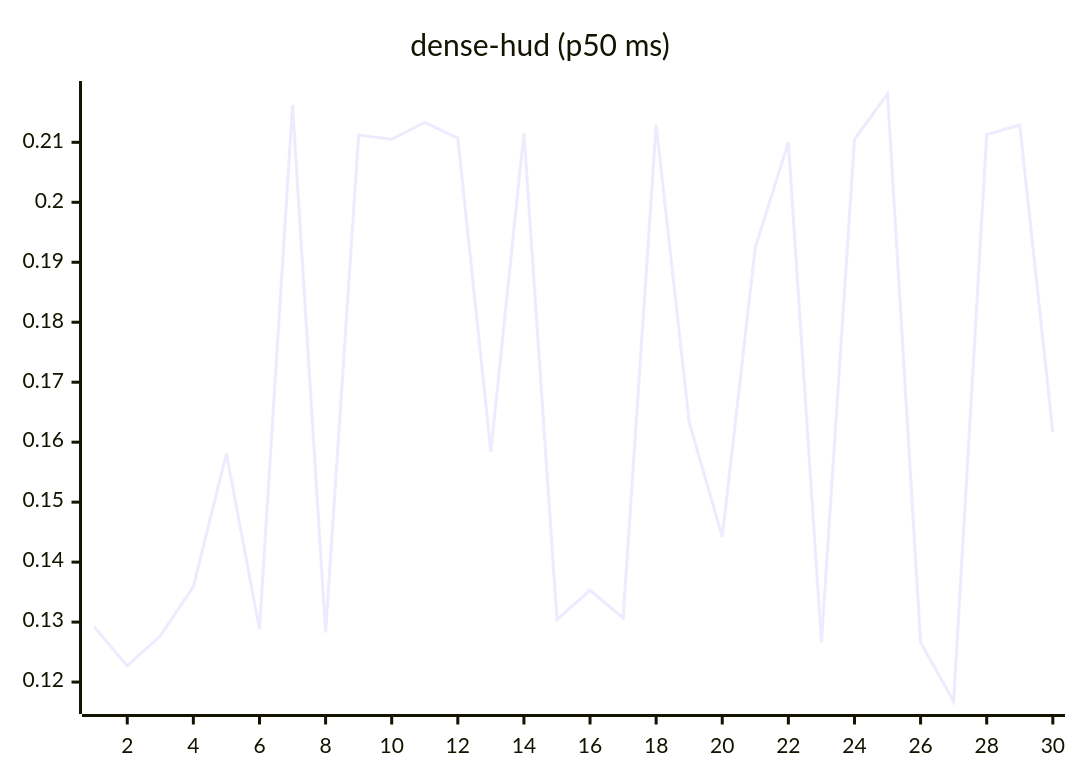
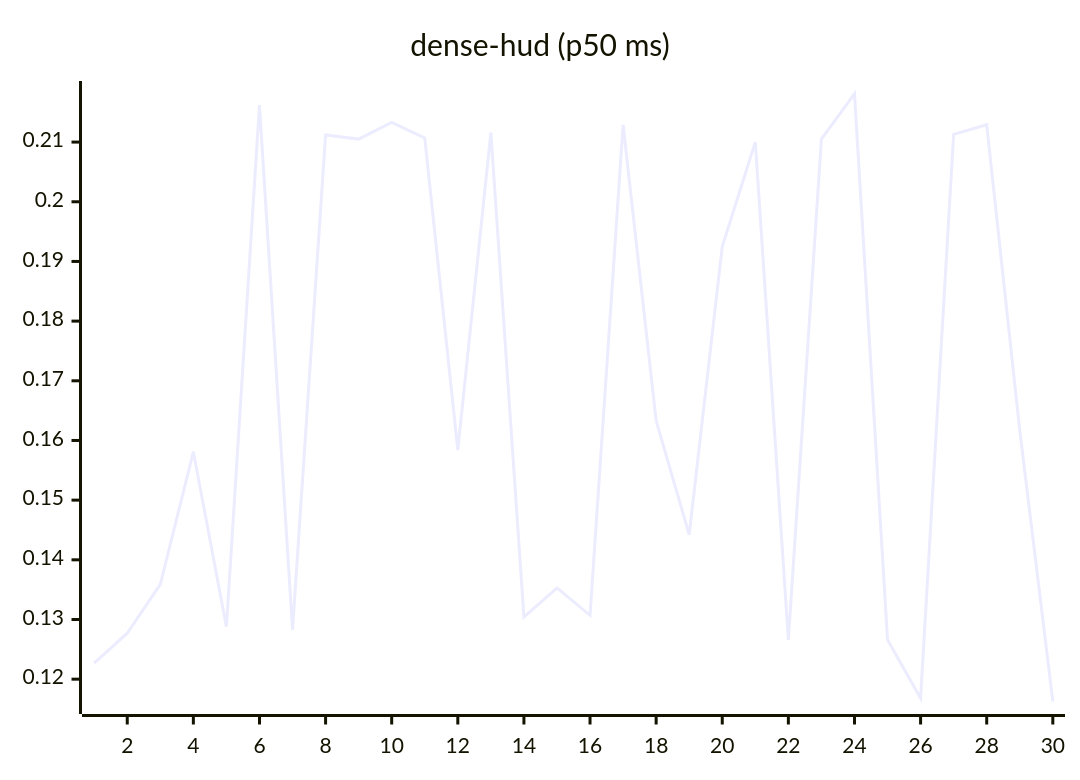
The eighth of 27 diagrams in README.md (josha/Facet), drawn with Mermaid before and after one commit. The commit also changed other lines of this file and 2 other files, not shown here.

````diff
--- a/README.md
+++ b/README.md
@@ -112,6 +112,6 @@
 ```mermaid
 xychart-beta
     title "dense-hud (p50 ms)"
     x-axis 1 --> 30
-    line [0.1292, 0.1227, 0.1277, 0.1359, 0.1581, 0.1288, 0.2162, 0.1283, 0.2112, 0.2105, 0.2133, 0.2107, 0.1584, 0.2116, 0.1304, 0.1353, 0.1307, 0.2129, 0.1633, 0.1442, 0.1925, 0.2100, 0.1266, 0.2105, 0.2181, 0.1266, 0.1168, 0.2113, 0.2129, 0.1617]
+    line [0.1227, 0.1277, 0.1359, 0.1581, 0.1288, 0.2162, 0.1283, 0.2112, 0.2105, 0.2133, 0.2107, 0.1584, 0.2116, 0.1304, 0.1353, 0.1307, 0.2129, 0.1633, 0.1442, 0.1925, 0.2100, 0.1266, 0.2105, 0.2181, 0.1266, 0.1168, 0.2113, 0.2129, 0.1617, 0.1163]
 ```
````
